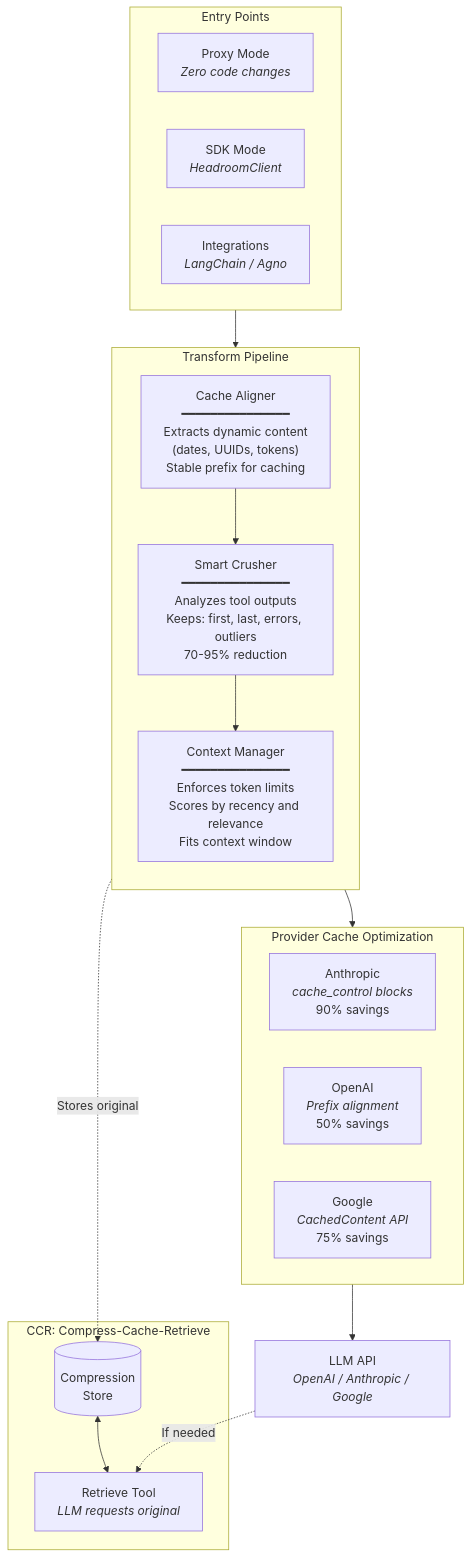
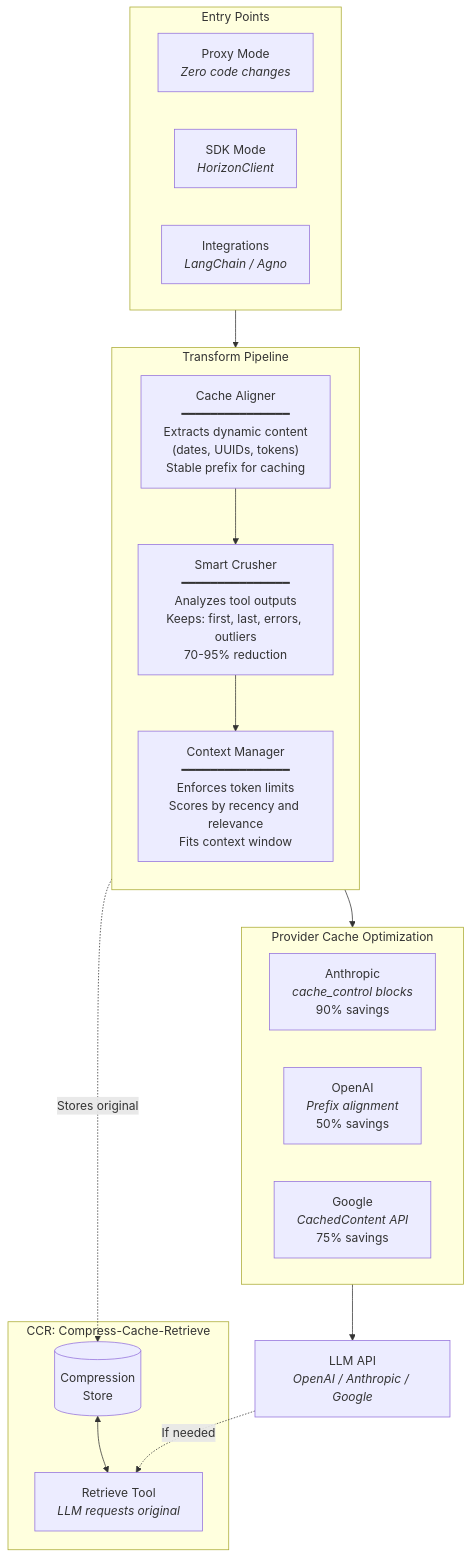
The diagram in wiki/ARCHITECTURE.md (burhankhanlodhy/headroom-main), drawn with Mermaid before and after one commit. The commit also changed other lines of this file and 2184 other files, not shown here.

Commit message:
feat!: full rebrand headroom -> horizon (package, crates, env vars, config paths, CLI, wire names, headers, tool names)

````diff
--- a/wiki/ARCHITECTURE.md
+++ b/wiki/ARCHITECTURE.md
@@ -5,41 +5,41 @@
 ```mermaid
 flowchart TB
     subgraph Entry["Entry Points"]
         Proxy["Proxy Mode<br/><i>Zero code changes</i>"]
-        SDK["SDK Mode<br/><i>HeadroomClient</i>"]
+        SDK["SDK Mode<br/><i>HorizonClient</i>"]
         Integrations["Integrations<br/><i>LangChain / Agno</i>"]
     end
 
     subgraph Pipeline["Transform Pipeline"]
         direction TB
 
         CA["Cache Aligner<br/>━━━━━━━━━━━━━━━<br/>Extracts dynamic content<br/>(dates, UUIDs, tokens)<br/>Stable prefix for caching"]
 
         SC["Smart Crusher<br/>━━━━━━━━━━━━━━━<br/>Analyzes tool outputs<br/>Keeps: first, last, errors, outliers<br/>70-95% reduction"]
 
         CM["Context Manager<br/>━━━━━━━━━━━━━━━<br/>Enforces token limits<br/>Scores by recency and relevance<br/>Fits context window"]
 
         CA --> SC --> CM
     end
 
     subgraph Cache["Provider Cache Optimization"]
         direction LR
         Anthropic["Anthropic<br/><i>cache_control blocks</i><br/>90% savings"]
         OpenAI["OpenAI<br/><i>Prefix alignment</i><br/>50% savings"]
         Google["Google<br/><i>CachedContent API</i><br/>75% savings"]
     end
 
     subgraph CCR["CCR: Compress-Cache-Retrieve"]
         Store[("Compression<br/>Store")]
         Tool["Retrieve Tool<br/><i>LLM requests original</i>"]
         Store <--> Tool
     end
 
     LLM["LLM API<br/><i>OpenAI / Anthropic / Google</i>"]
 
     Entry --> Pipeline
     Pipeline --> Cache
     Cache --> LLM
     SC -.->|"Stores original"| Store
     LLM -.->|"If needed"| Tool
 ```
````
